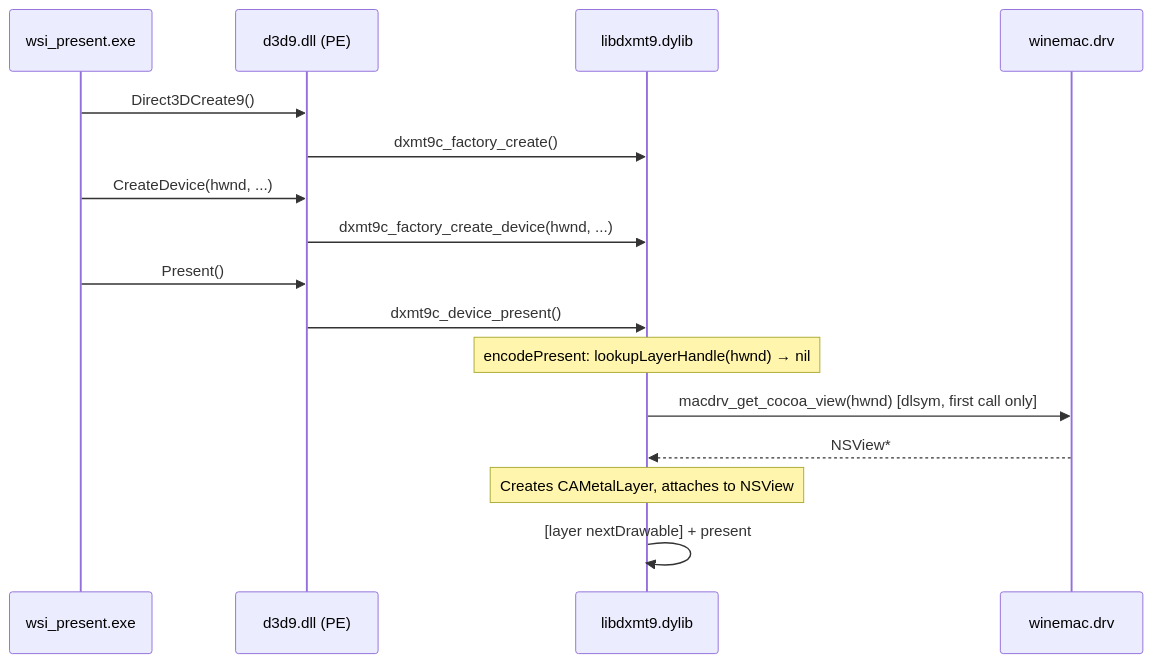
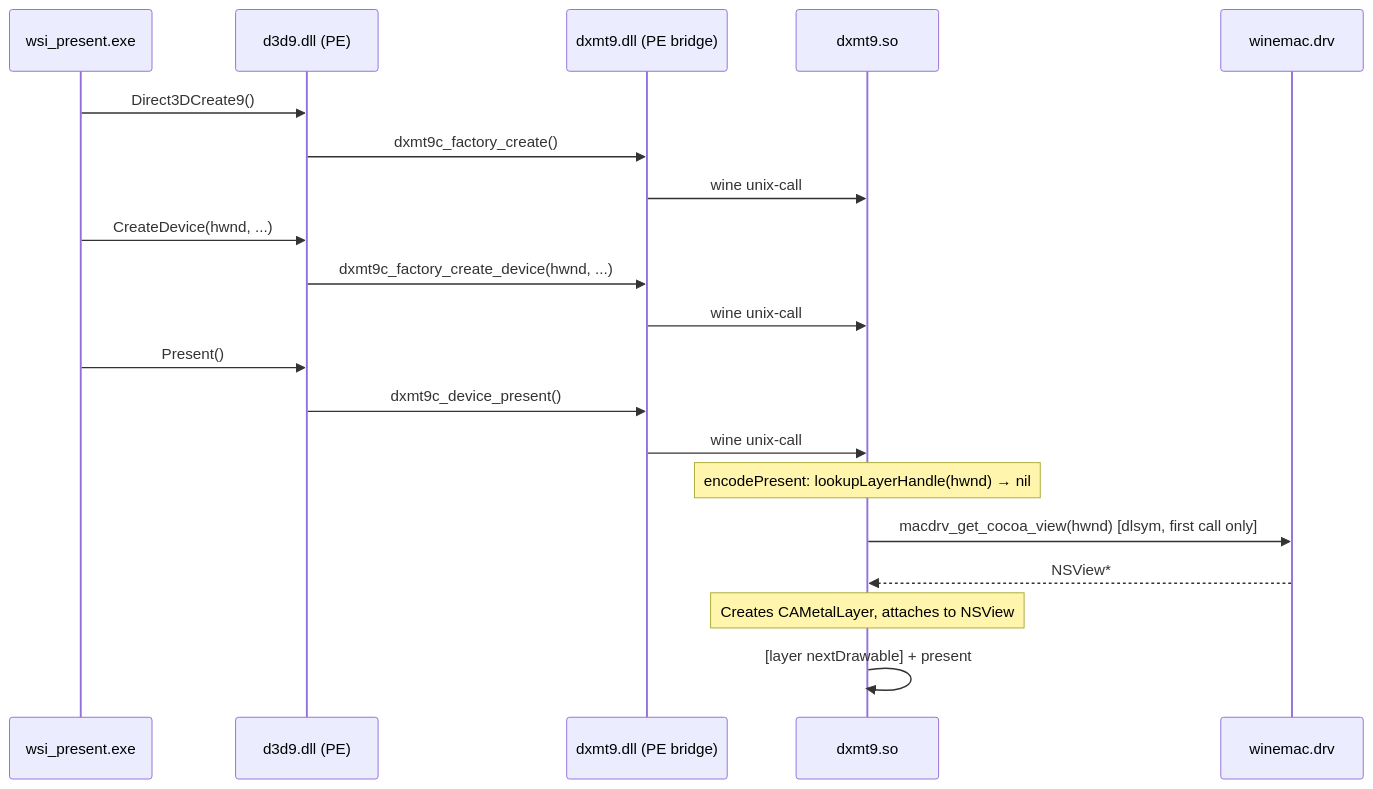
Before and after one commit to dfdgsdfg/dxmt9: the third of 3 diagrams in specs/tests/design.md, drawn with Mermaid. The commit also changed other lines of this file and 20 other files, not shown here.

Commit message:
Add PE bridge split and Wine install tooling

````diff
--- a/specs/tests/design.md
+++ b/specs/tests/design.md
@@ -217,19 +218,23 @@
 ```mermaid
 sequenceDiagram
     participant App as wsi_present.exe
     participant D3D as d3d9.dll (PE)
-    participant Lib as libdxmt9.dylib
+    participant Bridge as dxmt9.dll (PE bridge)
+    participant Unix as dxmt9.so
     participant Wine as winemac.drv
 
     App->>D3D: Direct3DCreate9()
-    D3D->>Lib: dxmt9c_factory_create()
+    D3D->>Bridge: dxmt9c_factory_create()
+    Bridge->>Unix: wine unix-call
     App->>D3D: CreateDevice(hwnd, ...)
-    D3D->>Lib: dxmt9c_factory_create_device(hwnd, ...)
+    D3D->>Bridge: dxmt9c_factory_create_device(hwnd, ...)
+    Bridge->>Unix: wine unix-call
     App->>D3D: Present()
-    D3D->>Lib: dxmt9c_device_present()
-    Note over Lib: encodePresent: lookupLayerHandle(hwnd) → nil
-    Lib->>Wine: macdrv_get_cocoa_view(hwnd) [dlsym, first call only]
-    Wine-->>Lib: NSView*
-    Note over Lib: Creates CAMetalLayer, attaches to NSView
-    Lib->>Lib: [layer nextDrawable] + present
+    D3D->>Bridge: dxmt9c_device_present()
+    Bridge->>Unix: wine unix-call
+    Note over Unix: encodePresent: lookupLayerHandle(hwnd) → nil
+    Unix->>Wine: macdrv_get_cocoa_view(hwnd) [dlsym, first call only]
+    Wine-->>Unix: NSView*
+    Note over Unix: Creates CAMetalLayer, attaches to NSView
+    Unix->>Unix: [layer nextDrawable] + present
 ```
````
